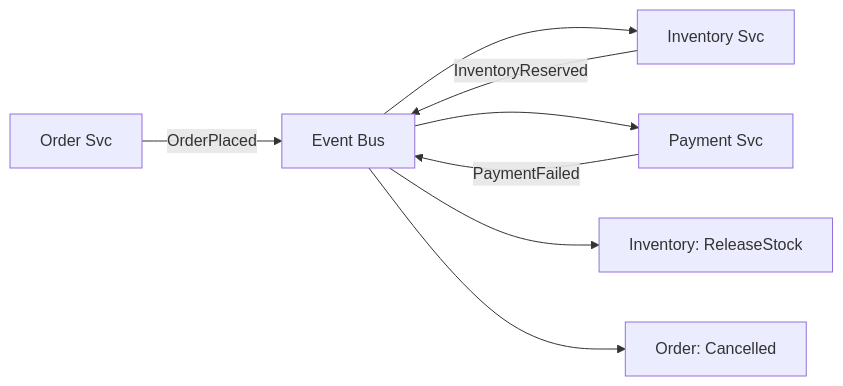
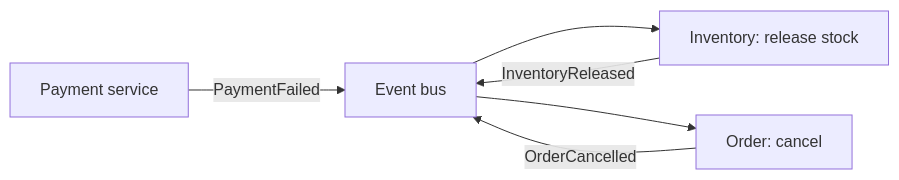
Diagram 26 of 28 in 08-microservices/README.md (hareramcse/SystemDesign), drawn with Mermaid before and after one commit. The commit also changed other lines of this file, not shown here.

````diff
--- a/08-microservices/README.md
+++ b/08-microservices/README.md
@@ -1684,10 +2985,8 @@
 ```mermaid
 flowchart LR
-    O[Order Svc] -->|OrderPlaced| Bus[Event Bus]
-    Bus --> I[Inventory Svc]
-    I -->|InventoryReserved| Bus
-    Bus --> P[Payment Svc]
-    P -->|PaymentFailed| Bus
-    Bus --> I2["Inventory: ReleaseStock"]
-    Bus --> O2["Order: Cancelled"]
+    P[Payment service] -->|PaymentFailed| Bus[Event bus]
+    Bus --> I[Inventory: release stock]
+    Bus --> O[Order: cancel]
+    I -->|InventoryReleased| Bus
+    O -->|OrderCancelled| Bus
 ```
````
